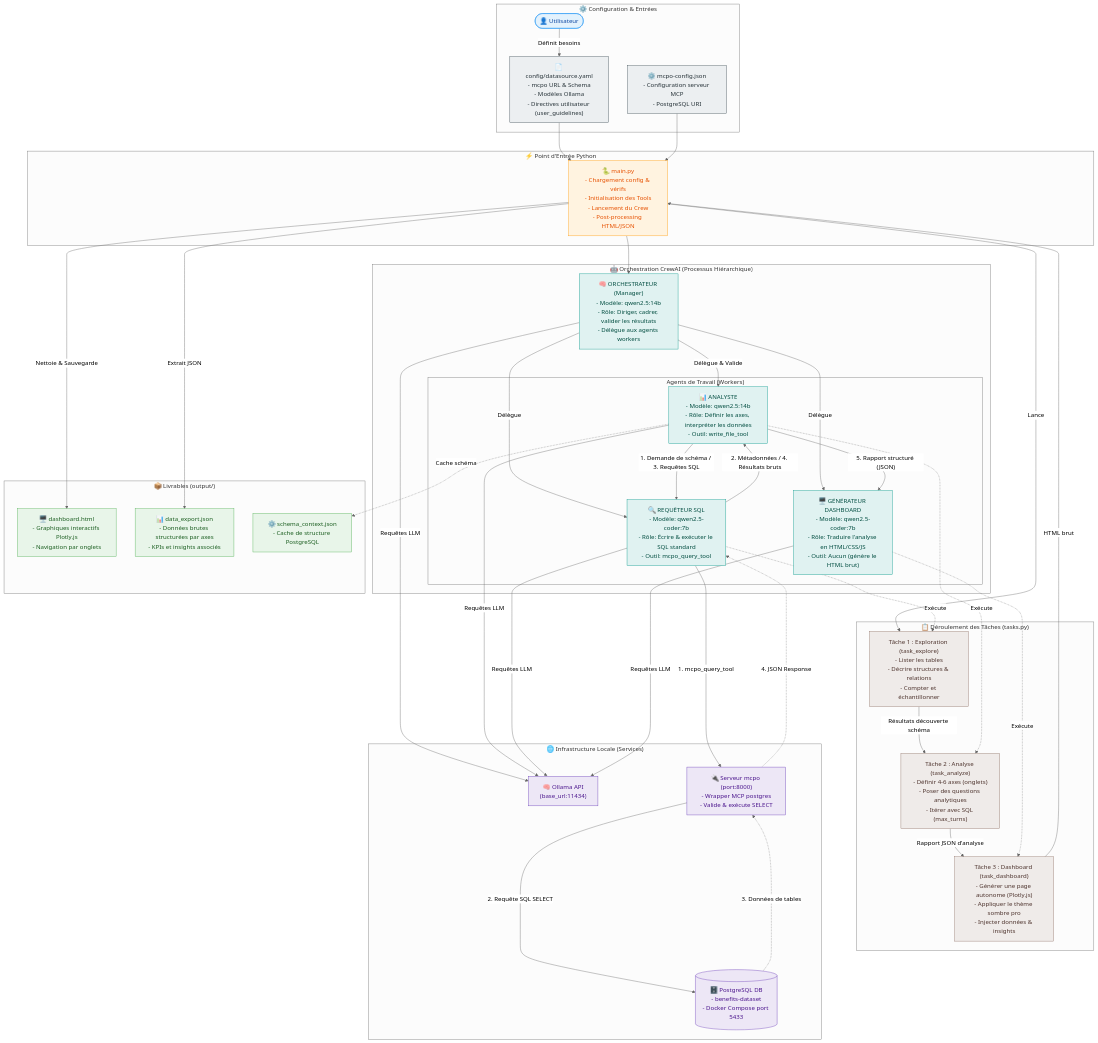
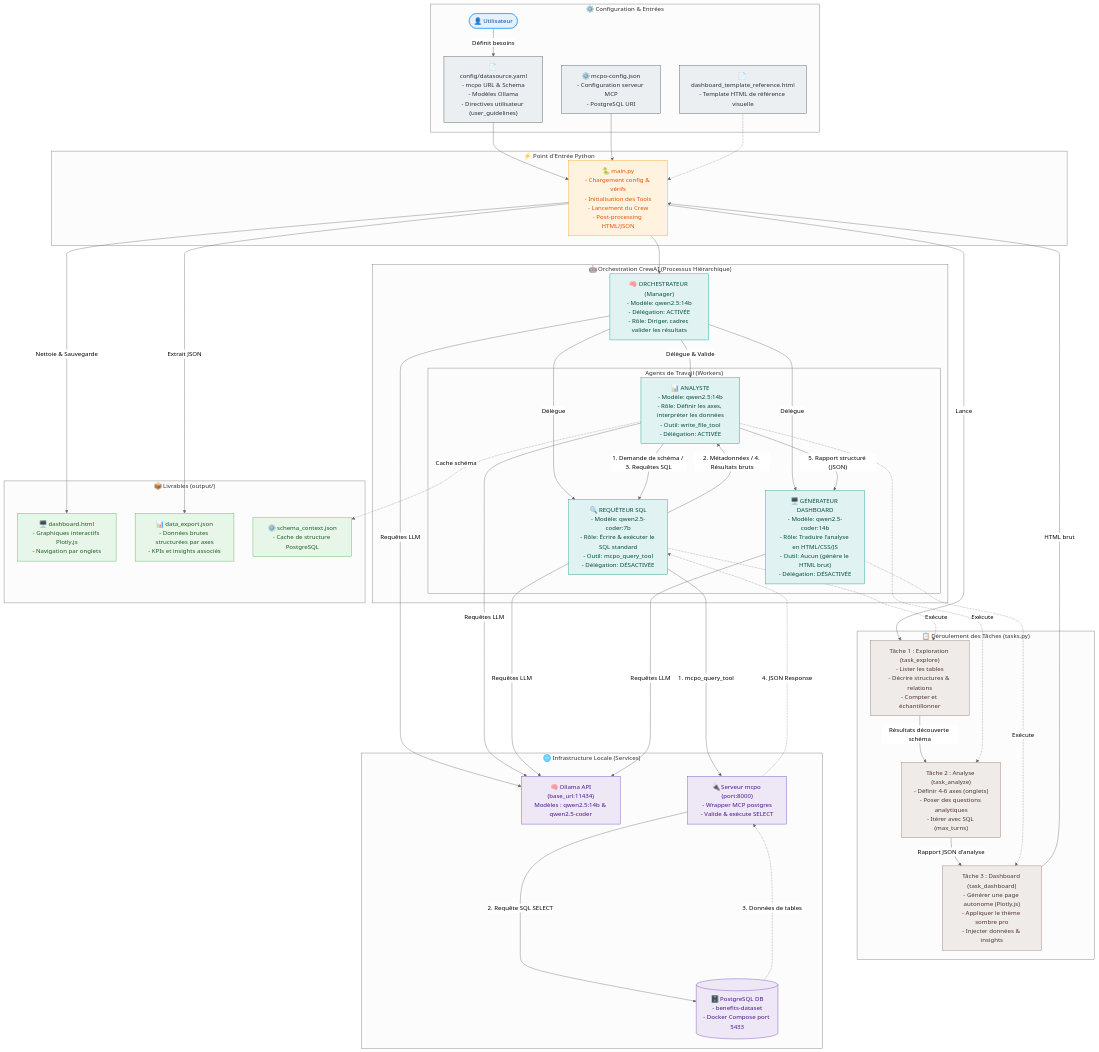
One commit to elhajjaji/demo-crewai-analyst-pg changed the first of 2 diagrams in README.md. Above: the diagram before and after it, drawn with Mermaid (neutral theme). The commit also changed other lines of this file, not shown here.

```diff
--- a/README.md
+++ b/README.md
@@ -28,6 +28,7 @@
     subgraph Inputs ["⚙️ Configuration & Entrées"]
         U([👤 Utilisateur]) -->|Définit besoins| Conf["📄 config/datasource.yaml<br/>- mcpo URL & Schema<br/>- Modèles Ollama<br/>- Directives utilisateur (user_guidelines)"]
         MC["⚙️ mcpo-config.json<br/>- Configuration serveur MCP<br/>- PostgreSQL URI"]
+        Tpl["📄 dashboard_template_reference.html<br/>- Template HTML de référence visuelle"]
     end
     
     subgraph Execution ["⚡ Point d'Entrée Python"]
@@ -35,12 +36,12 @@
     end
 
     subgraph CrewAI ["🤖 Orchestration CrewAI (Processus Hiérarchique)"]
-        Mgr["🧠 ORCHESTRATEUR (Manager)<br/>- Modèle: qwen2.5:14b<br/>- Rôle: Diriger, cadrer, valider les résultats<br/>- Délègue aux agents workers"]
+        Mgr["🧠 ORCHESTRATEUR (Manager)<br/>- Modèle: qwen2.5:14b<br/>- Délégation: ACTIVÉE<br/>- Rôle: Diriger, cadrer, valider les résultats"]
         
         subgraph Agents ["Agents de Travail (Workers)"]
-            A["📊 ANALYSTE<br/>- Modèle: qwen2.5:14b<br/>- Rôle: Définir les axes, interpréter les données<br/>- Outil: write_file_tool"]
-            R["🔍 REQUÊTEUR SQL<br/>- Modèle: qwen2.5-coder:7b<br/>- Rôle: Écrire & exécuter le SQL standard<br/>- Outil: mcpo_query_tool"]
-            G["🖥️ GÉNÉRATEUR DASHBOARD<br/>- Modèle: qwen2.5-coder:7b<br/>- Rôle: Traduire l'analyse en HTML/CSS/JS<br/>- Outil: Aucun (génère le HTML brut)"]
+            A["📊 ANALYSTE<br/>- Modèle: qwen2.5:14b<br/>- Rôle: Définir les axes, interpréter les données<br/>- Outil: write_file_tool<br/>- Délégation: ACTIVÉE"]
+            R["🔍 REQUÊTEUR SQL<br/>- Modèle: qwen2.5-coder:7b<br/>- Rôle: Écrire & exécuter le SQL standard<br/>- Outil: mcpo_query_tool<br/>- Délégation: DÉSACTIVÉE"]
+            G["🖥️ GÉNÉRATEUR DASHBOARD<br/>- Modèle: qwen2.5-coder:14b<br/>- Rôle: Traduire l'analyse en HTML/CSS/JS<br/>- Outil: Aucun (génère le HTML brut)<br/>- Délégation: DÉSACTIVÉE"]
         end
     end
 
@@ -51,7 +52,7 @@
     end
 
     subgraph Infra ["🌐 Infrastructure Locale (Services)"]
-        Ollama["🧠 Ollama API<br/>(base_url:11434)"]
+        Ollama["🧠 Ollama API<br/>(base_url:11434)<br/>Modèles : qwen2.5:14b & qwen2.5-coder"]
         MCP["🔌 Serveur mcpo (port:8000)<br/>- Wrapper MCP postgres<br/>- Valide & exécute SELECT"]
         DB[("🗄️ PostgreSQL DB<br/>- benefits-dataset<br/>- Docker Compose port 5433")]
     end
@@ -65,6 +66,7 @@
     %% Connexions - Config & Entrée
     Conf --> Main
     MC --> Main
+    Tpl -.-> Main
     Main --> Mgr
 
     %% Connexions - Délégation Hiérarchique
@@ -106,6 +108,7 @@
     %% Assignation des styles
     class Conf config
     class MC config
+    class Tpl config
     class Main execution
     class Mgr agent
     class A agent
```
